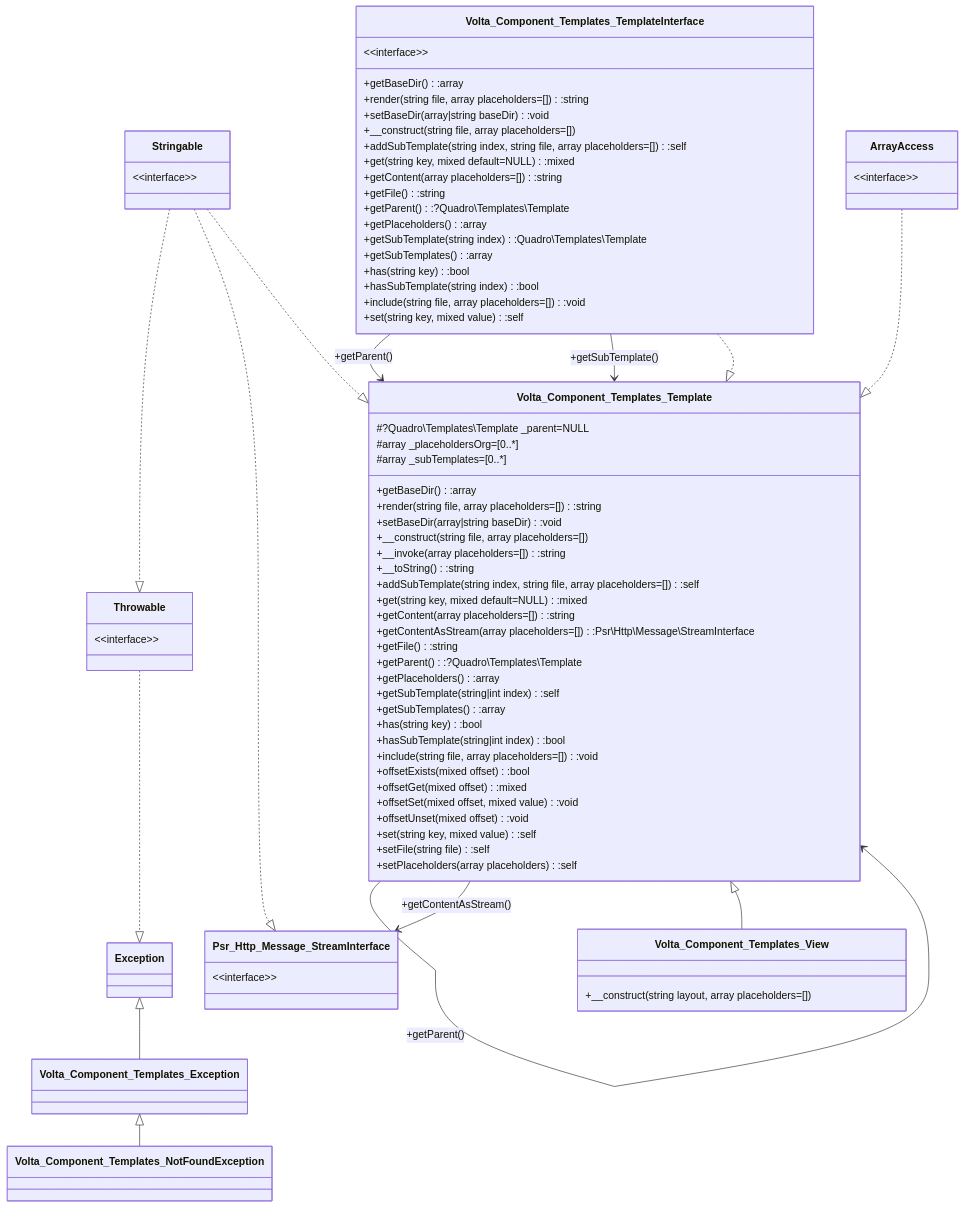
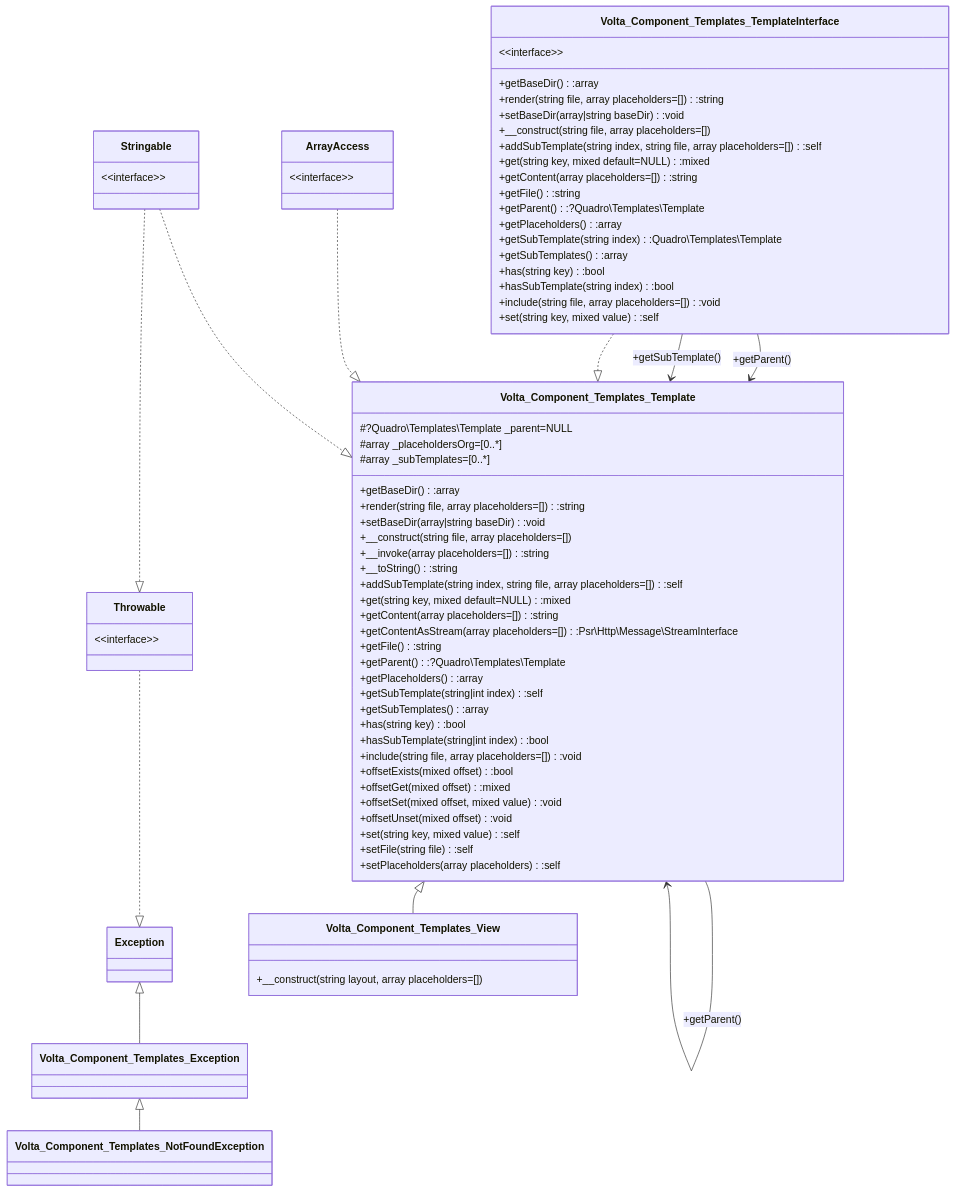
The diagram in README.md (volta-framework/component-template), drawn with Mermaid before and after one commit. The commit also changed other lines of this file, not shown here.

```diff
--- a/README.md
+++ b/README.md
@@ -101,12 +101,7 @@
         +setFile(string file):self
         +setPlaceholders(array placeholders):self
     }
-    Volta_Component_Templates_Template *-- Volta_Component_Templates_Template : #_parent=NULL
-    class Psr_Http_Message_StreamInterface {
-         	&lt;&lt;interface&gt;&gt;
-    }
-    Stringable..|>Psr_Http_Message_StreamInterface
-    Volta_Component_Templates_Template --> Psr_Http_Message_StreamInterface : +getContentAsStream()
+    Volta_Component_Templates_Template *-- Volta_Component_Templates_Template : #_parent=NULL 
     Volta_Component_Templates_Template --> Volta_Component_Templates_Template : +getParent()
     class Volta_Component_Templates_TemplateInterface {
          	&lt;&lt;interface&gt;&gt;
```
